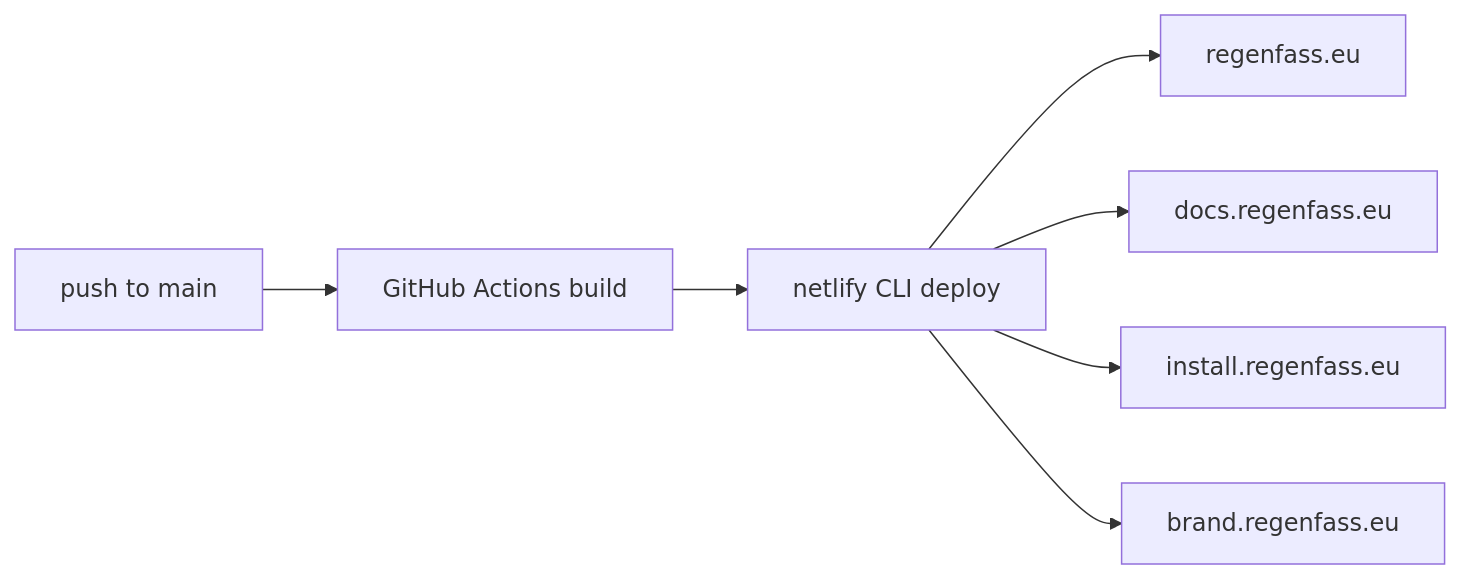
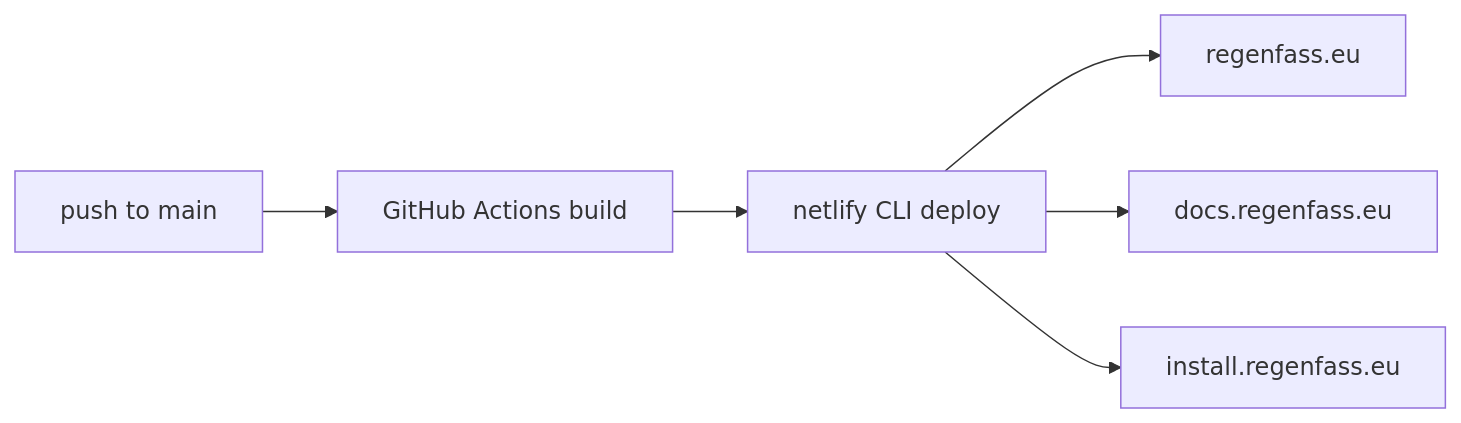
The diagram in docs/Netlify-Deployment.md (ttnleipzig/regenfass), drawn with Mermaid before and after one commit. The commit also changed other lines of this file and 44 other files, not shown here.

````diff
--- a/docs/Netlify-Deployment.md
+++ b/docs/Netlify-Deployment.md
@@ -5,9 +5,8 @@
 ```mermaid
 flowchart LR
   push[push to main] --> gha[GitHub Actions build]
   gha --> cli[netlify CLI deploy]
   cli --> m[regenfass.eu]
   cli --> d[docs.regenfass.eu]
   cli --> i[install.regenfass.eu]
-  cli --> b[brand.regenfass.eu]
 ```
````
